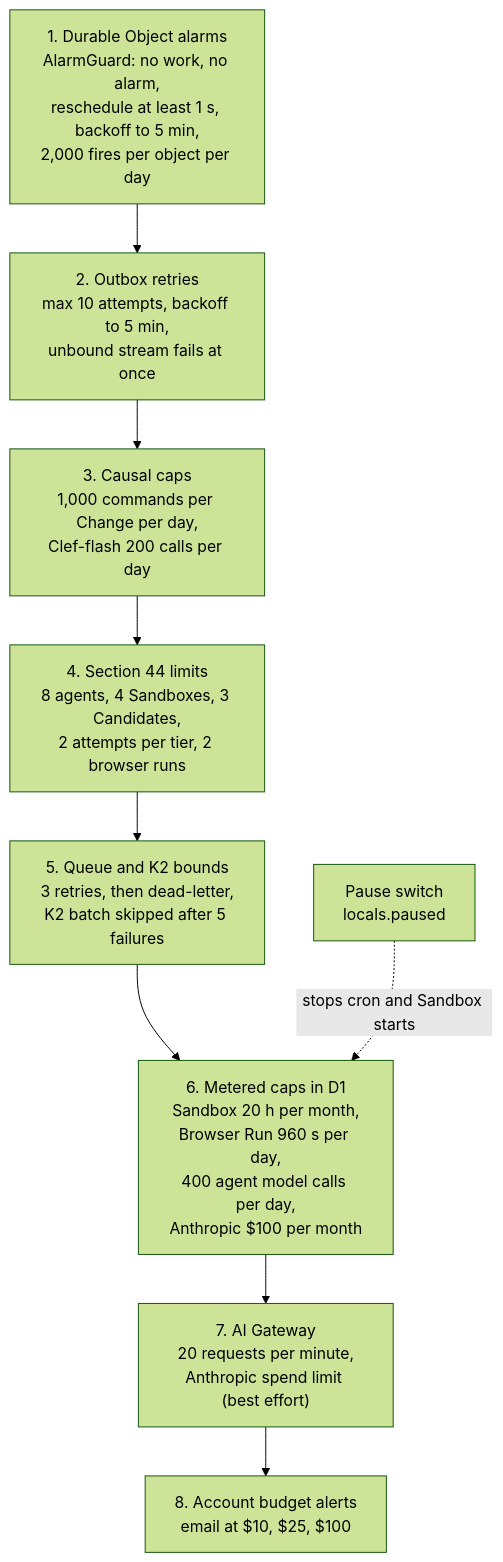
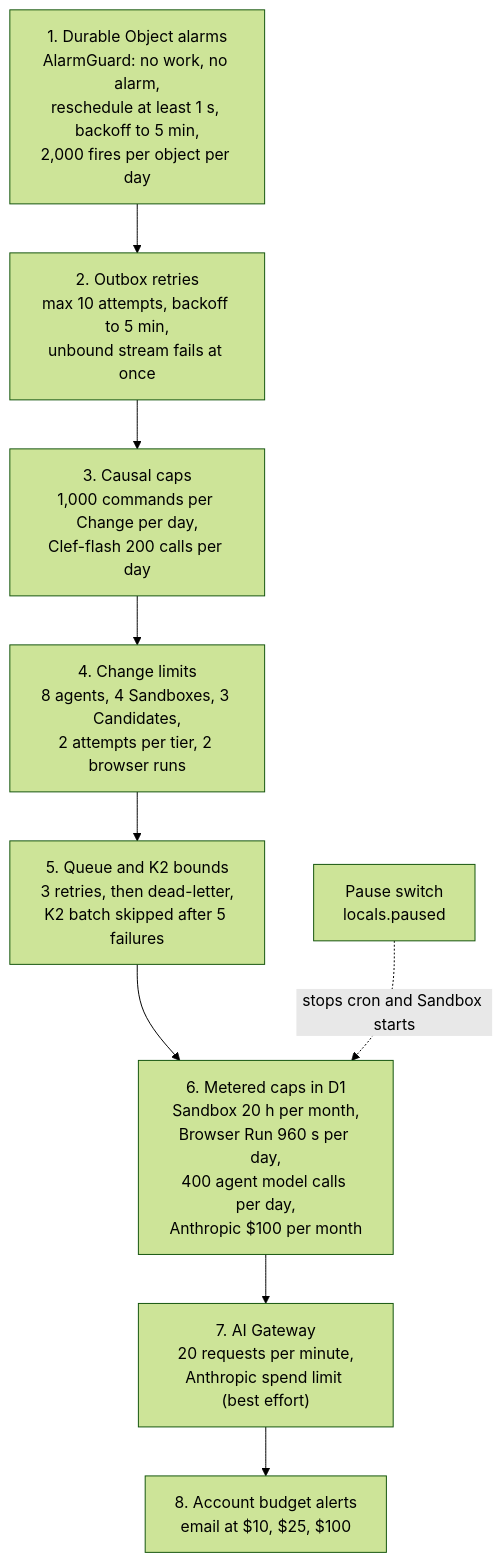
One commit to nsudhanva/rhumbatron changed the fifth of 6 diagrams in docs/architecture/infrastructure-and-cost.md. Above: the diagram before and after it, drawn with Mermaid (forest theme). The commit also changed other lines of this file and 50 other files, not shown here.

````diff
--- a/docs/architecture/infrastructure-and-cost.md
+++ b/docs/architecture/infrastructure-and-cost.md
@@ -137,14 +138,14 @@
 ```mermaid
 flowchart TB
   L1["1. Durable Object alarms<br/>AlarmGuard: no work, no alarm,<br/>reschedule at least 1 s, backoff to 5 min,<br/>2,000 fires per object per day"]
   L2["2. Outbox retries<br/>max 10 attempts, backoff to 5 min,<br/>unbound stream fails at once"]
   L3["3. Causal caps<br/>1,000 commands per Change per day,<br/>Clef-flash 200 calls per day"]
-  L4["4. Section 44 limits<br/>8 agents, 4 Sandboxes, 3 Candidates,<br/>2 attempts per tier, 2 browser runs"]
+  L4["4. Change limits<br/>8 agents, 4 Sandboxes, 3 Candidates,<br/>2 attempts per tier, 2 browser runs"]
   L5["5. Queue and K2 bounds<br/>3 retries, then dead-letter,<br/>K2 batch skipped after 5 failures"]
   L6["6. Metered caps in D1<br/>Sandbox 20 h per month,<br/>Browser Run 960 s per day,<br/>400 agent model calls per day,<br/>Anthropic $100 per month"]
   L7["7. AI Gateway<br/>20 requests per minute,<br/>Anthropic spend limit (best effort)"]
   L8["8. Account budget alerts<br/>email at $10, $25, $100"]
   L9["Pause switch<br/>locals.paused"]
   L1 --> L2 --> L3 --> L4 --> L5 --> L6 --> L7 --> L8
   L9 -.->|"stops cron and Sandbox starts"| L6
 ```
````
